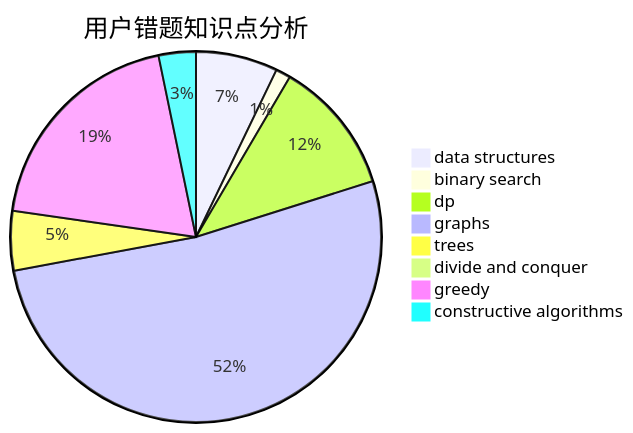
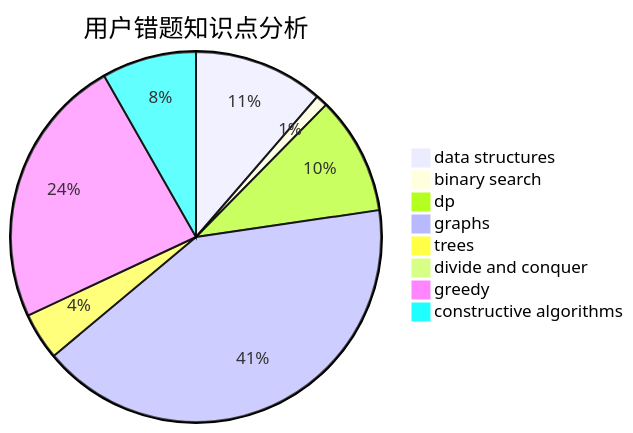
One commit to sherpahu/cfrs.github.io changed the third of 3 diagrams in docs/user/u1425.md. Above: the diagram before and after it, drawn with Mermaid. The commit also changed other lines of this file and 2770 other files, not shown here.

````diff
--- a/docs/user/u1425.md
+++ b/docs/user/u1425.md
@@ -36,11 +36,11 @@
 ```mermaid
 pie title 用户错题知识点分析
-    "data structures" :  11
+    "data structures" :  22
     "binary search" :  2
-    "dp" :  18
+    "dp" :  20
     "graphs" :  80
     "trees" :  8
     "divide and conquer" :  0
-    "greedy" :  30
-    "constructive algorithms" :  5
+    "greedy" :  46
+    "constructive algorithms" :  16
 ```
````
